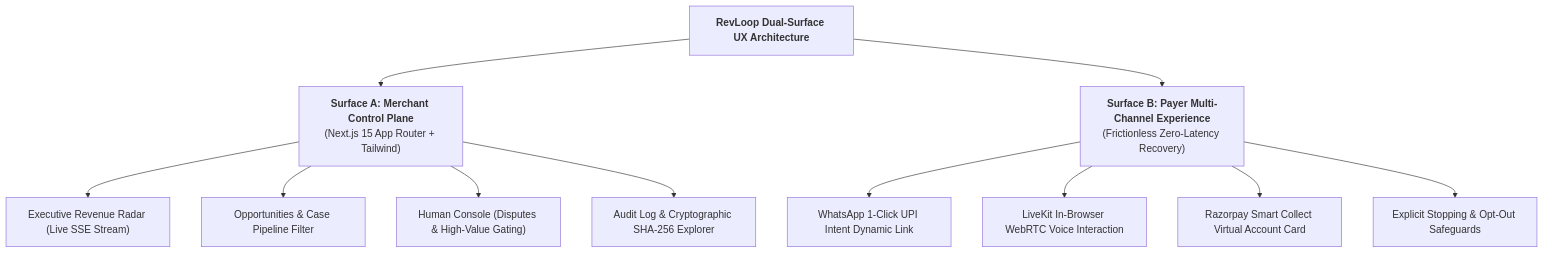
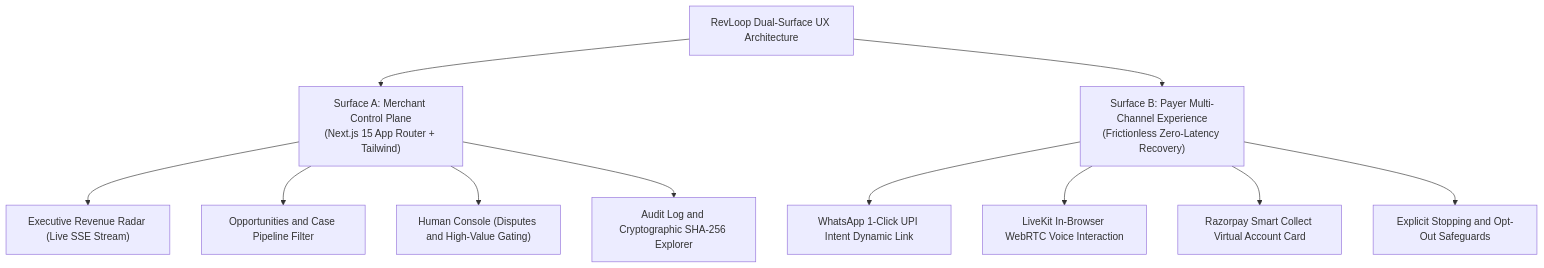
One commit to Adityaraj1969/Razorpay-Revenue-Recovery changed the diagram in docs/UI_UX_design.md. Above: the diagram before and after it, drawn with Mermaid. The commit also changed 8 other files, not shown here.

Commit message:
fix(docs): format all Mermaid diagrams with strict GitHub-compliant quoted syntax and ASCII typography

````diff
--- a/docs/UI_UX_design.md
+++ b/docs/UI_UX_design.md
@@ -21,15 +21,15 @@
 ```mermaid
 flowchart TD
-    CORE["<b>RevLoop Dual-Surface UX Architecture</b>"] --> SURFACE_A["<b>Surface A: Merchant Control Plane</b><br/>(Next.js 15 App Router + Tailwind)"]
-    CORE --> SURFACE_B["<b>Surface B: Payer Multi-Channel Experience</b><br/>(Frictionless Zero-Latency Recovery)"]
+    CORE["RevLoop Dual-Surface UX Architecture"] --> SURFACE_A["Surface A: Merchant Control Plane<br/>(Next.js 15 App Router + Tailwind)"]
+    CORE --> SURFACE_B["Surface B: Payer Multi-Channel Experience<br/>(Frictionless Zero-Latency Recovery)"]
 
     SURFACE_A --> A1["Executive Revenue Radar (Live SSE Stream)"]
-    SURFACE_A --> A2["Opportunities & Case Pipeline Filter"]
-    SURFACE_A --> A3["Human Console (Disputes & High-Value Gating)"]
-    SURFACE_A --> A4["Audit Log & Cryptographic SHA-256 Explorer"]
+    SURFACE_A --> A2["Opportunities and Case Pipeline Filter"]
+    SURFACE_A --> A3["Human Console (Disputes and High-Value Gating)"]
+    SURFACE_A --> A4["Audit Log and Cryptographic SHA-256 Explorer"]
 
     SURFACE_B --> B1["WhatsApp 1-Click UPI Intent Dynamic Link"]
     SURFACE_B --> B2["LiveKit In-Browser WebRTC Voice Interaction"]
     SURFACE_B --> B3["Razorpay Smart Collect Virtual Account Card"]
-    SURFACE_B --> B4["Explicit Stopping & Opt-Out Safeguards"]
+    SURFACE_B --> B4["Explicit Stopping and Opt-Out Safeguards"]
 ```
````
